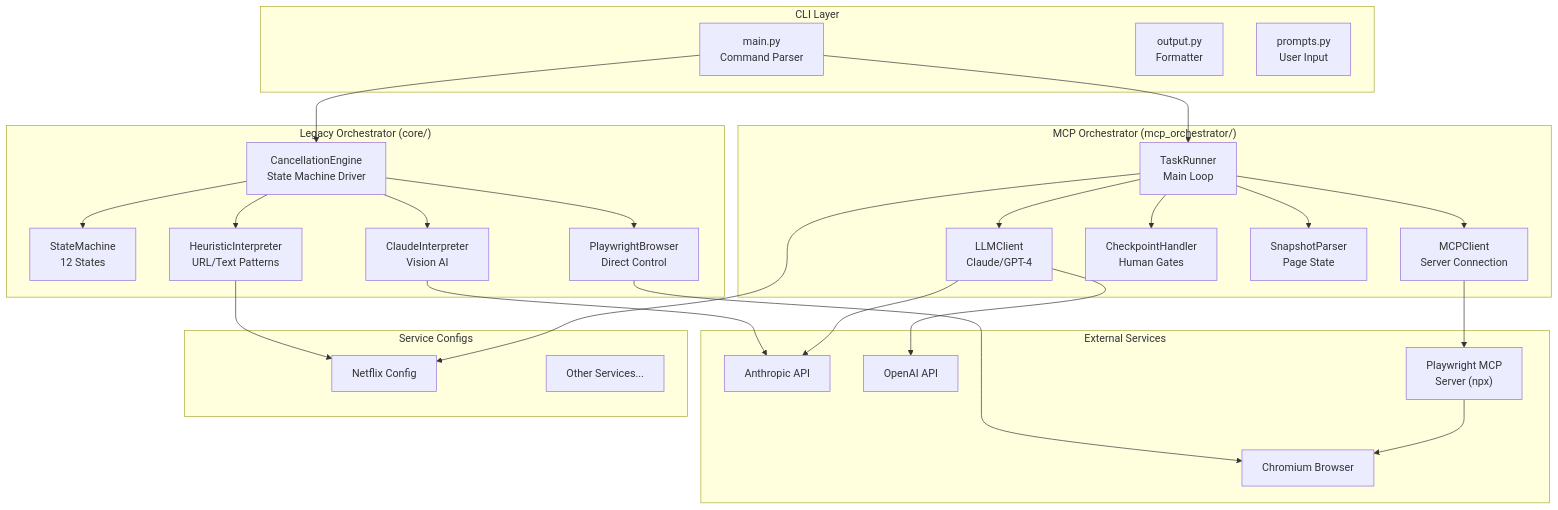
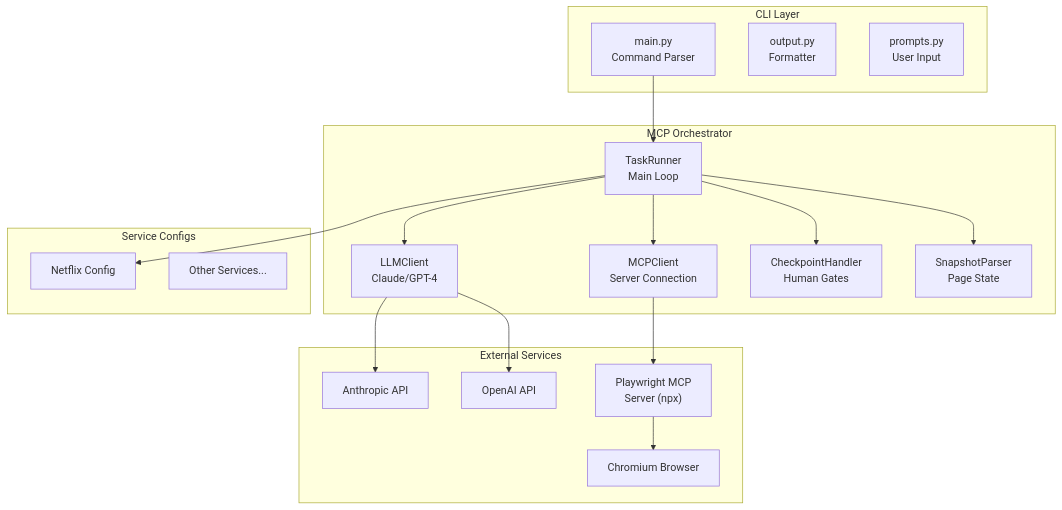
The first of 5 diagrams in docs/architecture.md (clthuang/vici_assessment), drawn with Mermaid before and after one commit. The commit also changed other lines of this file and 2 other files, not shown here.

Commit message:
docs: update documentation for MCP-only architecture
- Remove legacy orchestrator references from architecture.md
- Update CLI options table (remove --target, --cdp-url, --output-dir)
- Add new options (--model, --max-turns, --no-checkpoint)
- Fix exit codes to match actual implementation
- Simplify README_FOR_DEV.md by removing legacy sections
- Update file paths and key commands
- Add note about architecture diagram regeneration

````diff
--- a/docs/architecture.md
+++ b/docs/architecture.md
@@ -14,59 +14,41 @@
 ```mermaid
 flowchart TB
     subgraph CLI["CLI Layer"]
         main["main.py<br/>Command Parser"]
         output["output.py<br/>Formatter"]
         prompts["prompts.py<br/>User Input"]
     end
 
-    subgraph Legacy["Legacy Orchestrator (core/)"]
-        engine["CancellationEngine<br/>State Machine Driver"]
-        states["StateMachine<br/>12 States"]
-        heuristic["HeuristicInterpreter<br/>URL/Text Patterns"]
-        claude["ClaudeInterpreter<br/>Vision AI"]
-        browser["PlaywrightBrowser<br/>Direct Control"]
-    end
-
-    subgraph MCP["MCP Orchestrator (mcp_orchestrator/)"]
+    subgraph MCP["MCP Orchestrator"]
         runner["TaskRunner<br/>Main Loop"]
         llm["LLMClient<br/>Claude/GPT-4"]
         mcpc["MCPClient<br/>Server Connection"]
         checkpoint["CheckpointHandler<br/>Human Gates"]
         snapshot["SnapshotParser<br/>Page State"]
     end
 
     subgraph External["External Services"]
         anthropic["Anthropic API"]
         openai["OpenAI API"]
         mcpserver["Playwright MCP<br/>Server (npx)"]
         chromium["Chromium Browser"]
     end
 
     subgraph Services["Service Configs"]
         netflix["Netflix Config"]
         others["Other Services..."]
     end
 
-    main --> engine
     main --> runner
-
-    engine --> states
-    engine --> heuristic
-    engine --> claude
-    engine --> browser
 
     runner --> llm
     runner --> mcpc
     runner --> checkpoint
     runner --> snapshot
-
-    heuristic --> netflix
-    claude --> anthropic
-    browser --> chromium
 
     llm --> anthropic
     llm --> openai
     mcpc --> mcpserver
     mcpserver --> chromium
     runner --> netflix
 ```
````
